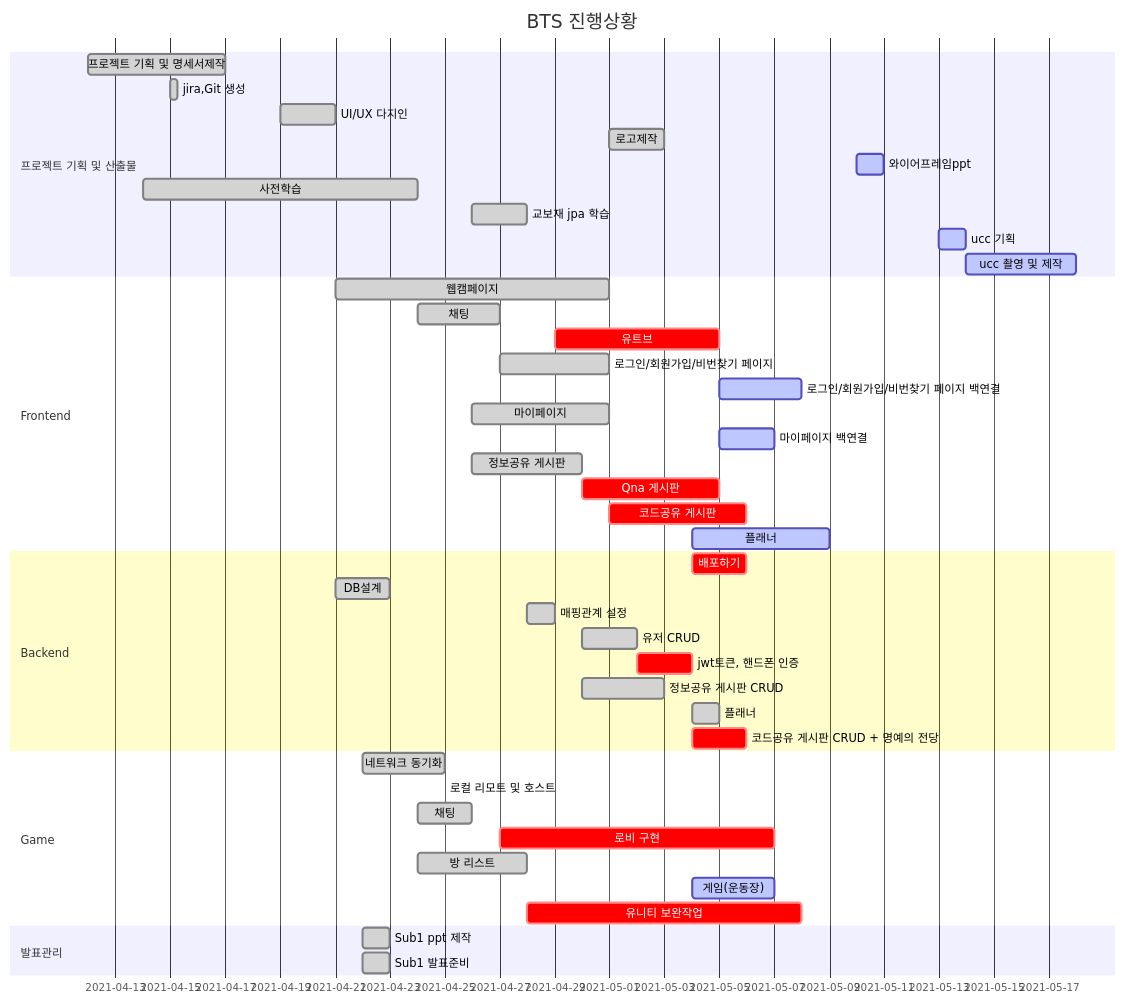
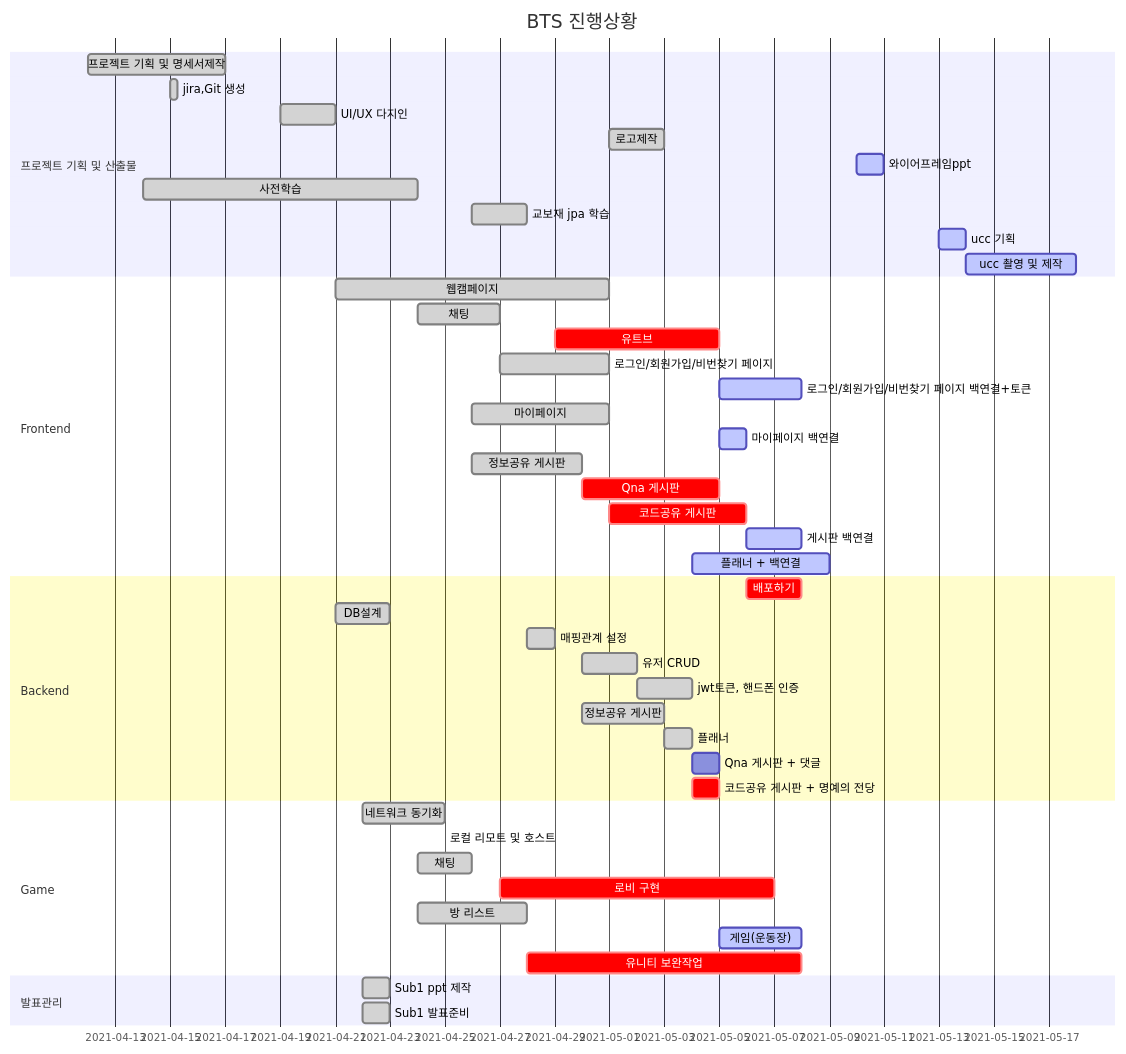
The diagram in README.md (Luminousjiny/PJT_BTS), drawn with Mermaid before and after one commit. The commit also changed 7 other files, not shown here.

````diff
--- a/README.md
+++ b/README.md
@@ -50,51 +50,53 @@
 ```mermaid
 gantt
     title BTS 진행상황
     dateFormat  YYYY-MM-DD
     section 프로젝트 기획 및 산출물
     프로젝트 기획 및 명세서제작 : done, 2021-04-12, 5d
     jira,Git 생성  :done, 2021-04-15, 6h
     UI/UX 다지인  : done,   2021-04-19, 2d
     로고제작 : done, 2021-05-01, 2d
     와이어프레임ppt : active, 2021-05-10, 1d
     사전학습  : done, 2021-04-14, 10d
     교보재 jpa 학습 : done, 2021-04-26, 2d
     ucc 기획 : active, 2021-05-13, 1d
     ucc 촬영 및 제작 : active, 2021-05-14, 4d
 
     section Frontend
     웹캠페이지 : done, 2021-04-21, 10d
     채팅 : done, 2021-04-24, 3d
     유트브 : crit, 2021-04-29, 6d
     로그인/회원가입/비번찾기 페이지 : done, 2021-04-27, 4d
-    로그인/회원가입/비번찾기 페이지 백연결 : active, 2021-05-05, 3d
+    로그인/회원가입/비번찾기 페이지 백연결+토큰 : active, 2021-05-05, 3d
     마이페이지 : done, 2021-04-26, 5d
-    마이페이지 백연결 : active, 2021-05-05, 2d
+    마이페이지 백연결 : active, 2021-05-05, 1d
     정보공유 게시판 : done, 2021-04-26, 4d
     Qna 게시판 : crit, 2021-04-30, 5d
     코드공유 게시판 : crit, 2021-05-01, 5d
-    플래너 : active, 2021-05-04, 5d
+    게시판 백연결 : active, 2021-05-06, 2d
+    플래너 + 백연결 : active, 2021-05-04, 5d
     
     section Backend
-    배포하기 : crit, 2021-05-04, 2d
+    배포하기 : crit, 2021-05-06, 2d
     DB설계 : done, 2021-04-21, 2d
     매핑관계 설정 : done, 2021-04-28, 1d
     유저 CRUD : done, 2021-04-30, 2d
-    jwt토큰, 핸드폰 인증 : crit, 2021-05-02,2d 
-    정보공유 게시판 CRUD : done, 2021-04-30, 3d
-    플래너 : done, 2021-05-04, 1d
-    코드공유 게시판 CRUD + 명예의 전당 : crit, 2021-05-04, 2d 
+    jwt토큰, 핸드폰 인증 : done, 2021-05-02,2d 
+    정보공유 게시판 : done, 2021-04-30, 3d
+    플래너 : done, 2021-05-03, 1d
+    Qna 게시판 + 댓글 : crit 2021-05-04, 1d
+    코드공유 게시판 + 명예의 전당 : crit, 2021-05-04, 1d 
     
     section Game
 	네트워크 동기화 : done, 2021-04-22, 3d
 	로컬 리모트 및 호스트 : done, 2021-04-23 1d
 	채팅 : done, 2021-04-24, 2d
 	로비 구현 : crit, 2021-04-27, 10d
     방 리스트 : done, 2021-04-24, 4d
-    게임(운동장) : active, 2021-05-04,3d
+    게임(운동장) : active, 2021-05-05,3d
     유니티 보완작업 : crit, 2021-04-28, 10d
     
     section 발표관리
     Sub1 ppt 제작 : done, 2021-04-22, 1d
     Sub1 발표준비 : done, 2021-04-22, 1d
 ```
````
